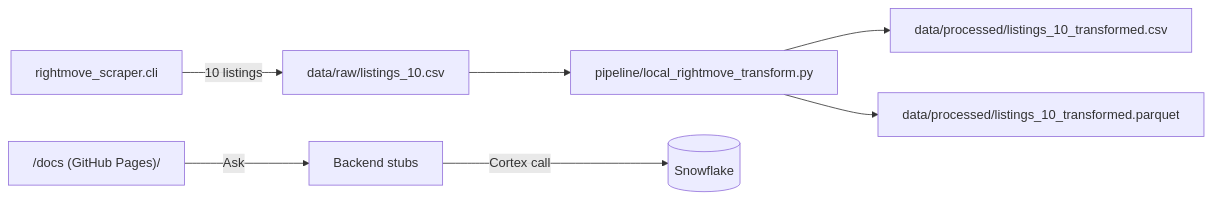
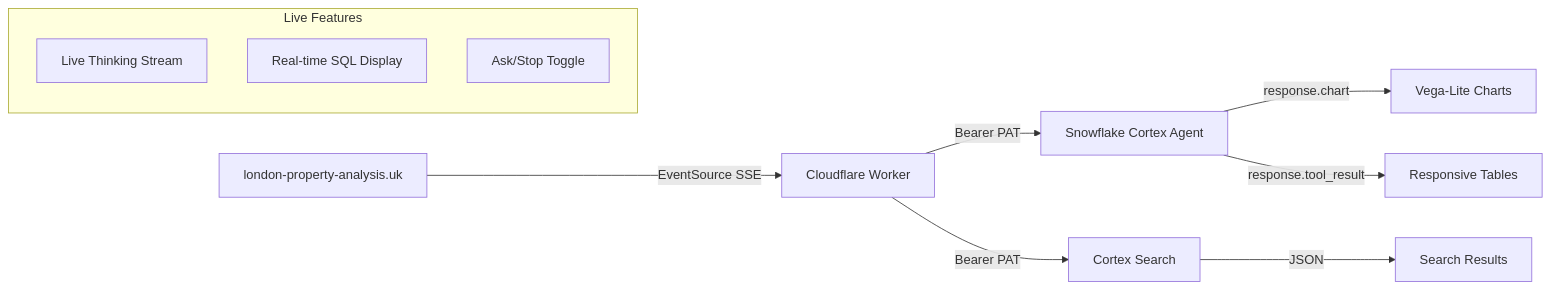
One commit to kevinalyst/rightmove-london-portfolio changed the diagram in README.md. Above: the diagram before and after it, drawn with Mermaid. The commit also changed other lines of this file and 1 other file, not shown here.

````diff
--- a/README.md
+++ b/README.md
@@ -29,10 +37,16 @@
 ```mermaid
 flowchart LR
-  S[rightmove_scraper.cli] -->|10 listings| R[data/raw/listings_10.csv]
-  R --> T[pipeline/local_rightmove_transform.py]
-  T --> P[data/processed/listings_10_transformed.csv]
-  T --> Q[data/processed/listings_10_transformed.parquet]
-
-  UI["/docs (GitHub Pages)/"] -->|Ask| API[Backend stubs]
-  API -->|Cortex call| SF[(Snowflake)]
+  UI[london-property-analysis.uk] -->|EventSource SSE| W[Cloudflare Worker]
+  W -->|Bearer PAT| SA[Snowflake Cortex Agent]
+  W -->|Bearer PAT| SS[Cortex Search]
+  
+  SA -->|response.chart| VC[Vega-Lite Charts]
+  SA -->|response.tool_result| RT[Responsive Tables]
+  SS -->|JSON| SR[Search Results]
+  
+  subgraph "Live Features"
+    LT[Live Thinking Stream]
+    SQL[Real-time SQL Display]
+    AC[Ask/Stop Toggle]
+  end
 ```
````
